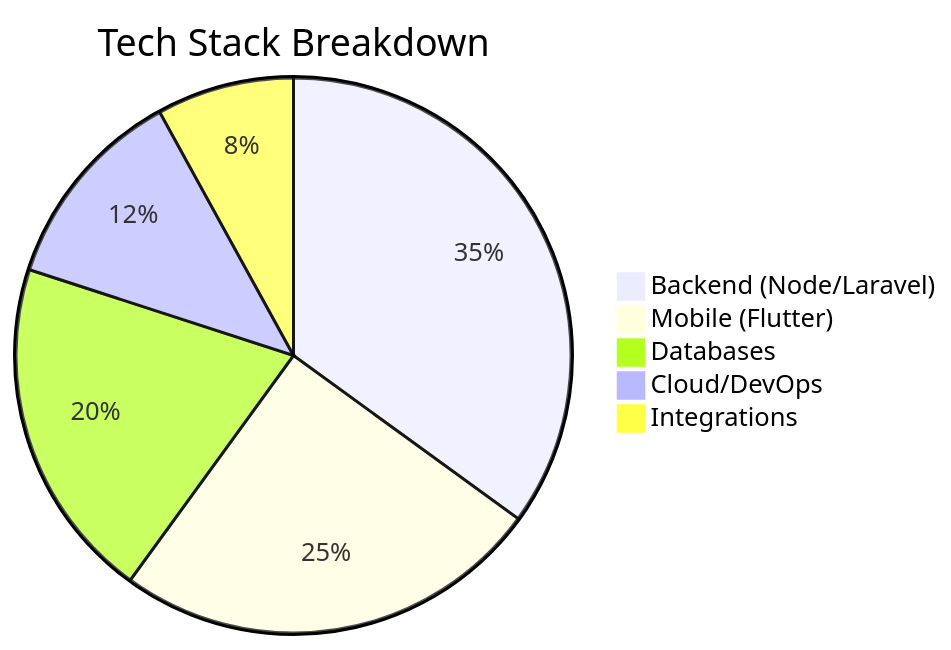
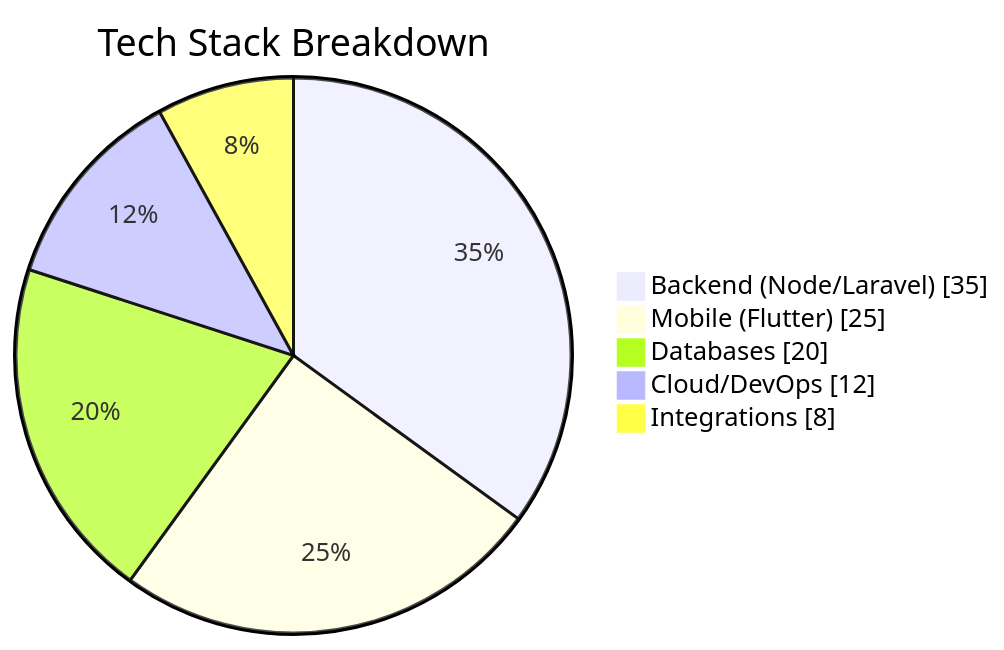
The first of 4 diagrams in README.md (varun-b2infosoft/varun-b2infosoft), drawn with Mermaid before and after one commit. The commit also changed other lines of this file and 3 other files, not shown here.

````diff
--- a/README.md
+++ b/README.md
@@ -126,8 +115,9 @@
 ```mermaid
-pie title Tech Stack Breakdown
+pie showData
+    title Tech Stack Breakdown
     "Backend (Node/Laravel)" : 35
     "Mobile (Flutter)" : 25
     "Databases" : 20
     "Cloud/DevOps" : 12
     "Integrations" : 8
 ```
````
